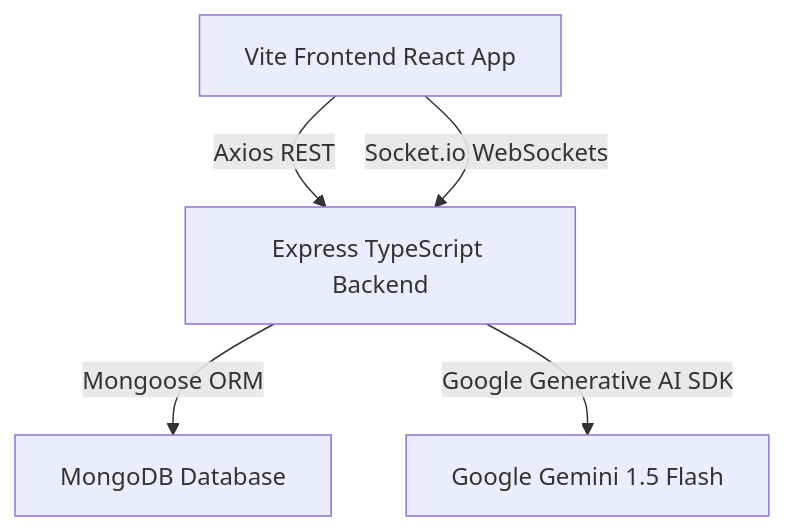
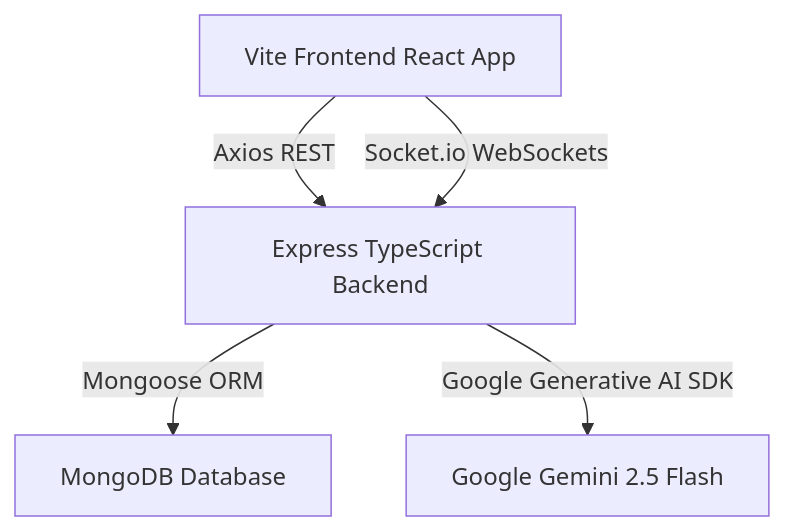
Before and after one commit to bhavdip992/PMS: the diagram in README.md, drawn with Mermaid. The commit also changed other lines of this file and 106 other files, not shown here.

````diff
--- a/README.md
+++ b/README.md
@@ -43,7 +43,7 @@
 ```mermaid
 graph TD
     A[Vite Frontend React App] -->|Axios REST| B[Express TypeScript Backend]
     A -->|Socket.io WebSockets| B
     B -->|Mongoose ORM| C[MongoDB Database]
-    B -->|Google Generative AI SDK| D[Google Gemini 1.5 Flash]
+    B -->|Google Generative AI SDK| D[Google Gemini 2.5 Flash]
 ```
````
